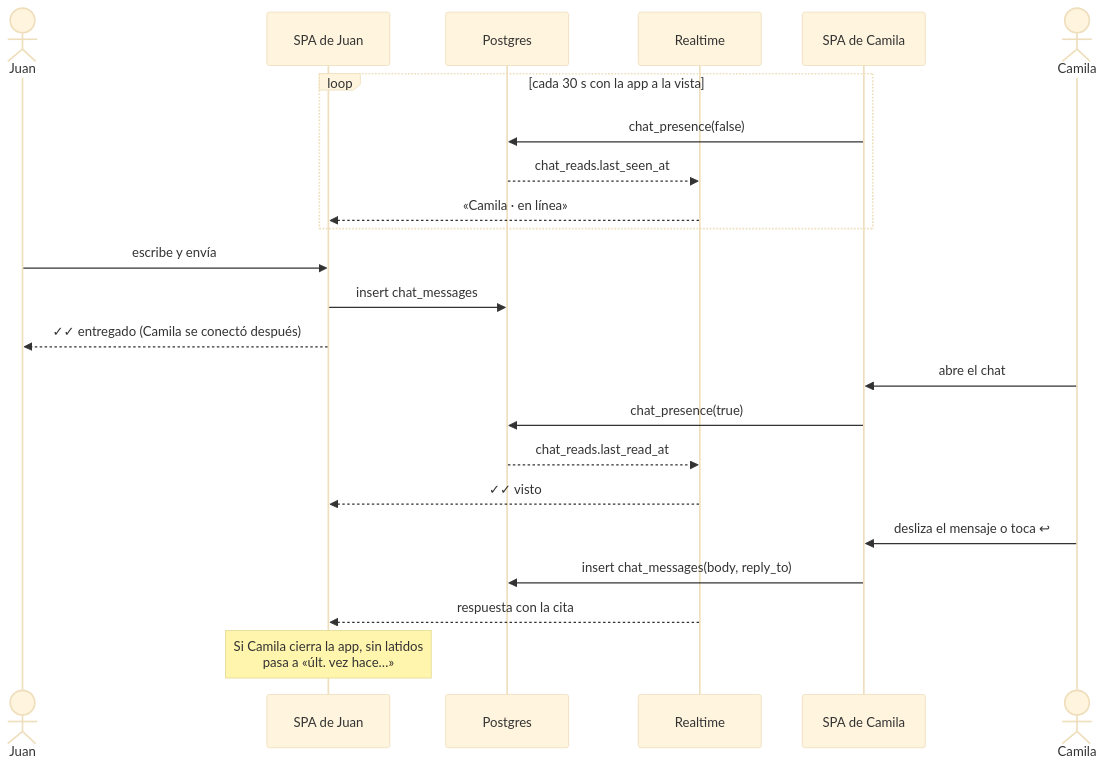
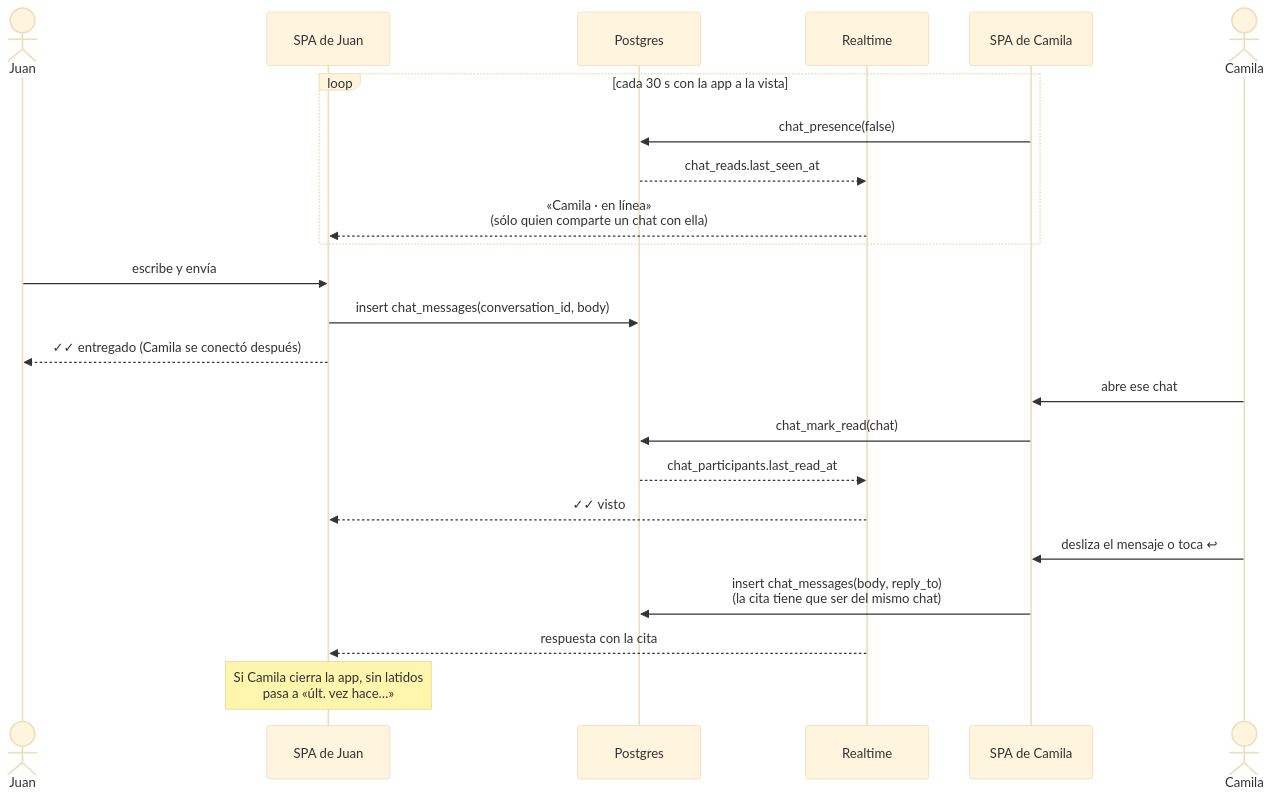
One commit to Juan-Carlos-Estevez-Vargas/Camila-Sanchez changed diagram 16 of 38 in docs/DIAGRAMAS.md. Above: the diagram before and after it, drawn with Mermaid (base theme). The commit also changed other lines of this file and 5 other files, not shown here.

First line of the commit message:
docs: diagramas y README de la app de chat

````diff
--- a/docs/DIAGRAMAS.md
+++ b/docs/DIAGRAMAS.md
@@ -237,26 +384,26 @@
 ```mermaid
 sequenceDiagram
   actor J as Juan
   participant A as SPA de Juan
   participant DB as Postgres
   participant RT as Realtime
   participant B as SPA de Camila
   actor C as Camila
 
   loop cada 30 s con la app a la vista
     B->>DB: chat_presence(false)
     DB-->>RT: chat_reads.last_seen_at
-    RT-->>A: «Camila · en línea»
+    RT-->>A: «Camila · en línea»<br/>(sólo quien comparte un chat con ella)
   end
   J->>A: escribe y envía
-  A->>DB: insert chat_messages
+  A->>DB: insert chat_messages(conversation_id, body)
   A-->>J: ✓✓ entregado (Camila se conectó después)
-  C->>B: abre el chat
-  B->>DB: chat_presence(true)
-  DB-->>RT: chat_reads.last_read_at
+  C->>B: abre ese chat
+  B->>DB: chat_mark_read(chat)
+  DB-->>RT: chat_participants.last_read_at
   RT-->>A: ✓✓ visto
   C->>B: desliza el mensaje o toca ↩
-  B->>DB: insert chat_messages(body, reply_to)
+  B->>DB: insert chat_messages(body, reply_to)<br/>(la cita tiene que ser del mismo chat)
   RT-->>A: respuesta con la cita
   Note over A: Si Camila cierra la app, sin latidos<br/>pasa a «últ. vez hace…»
 ```
````
